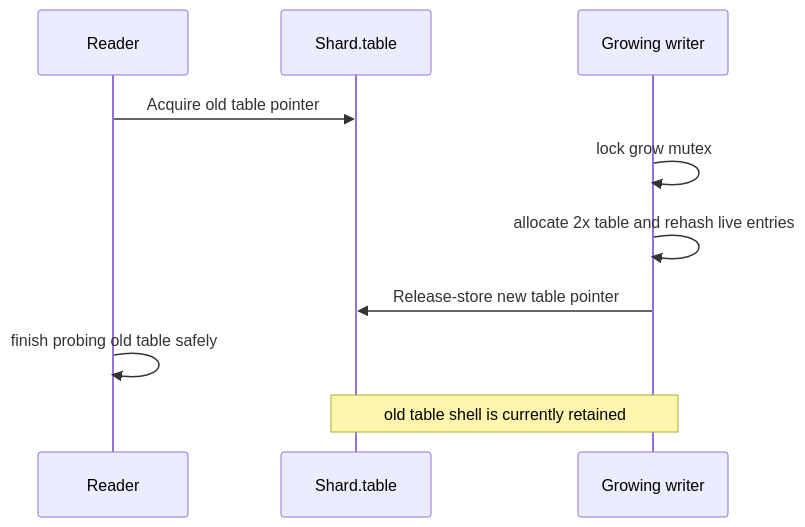
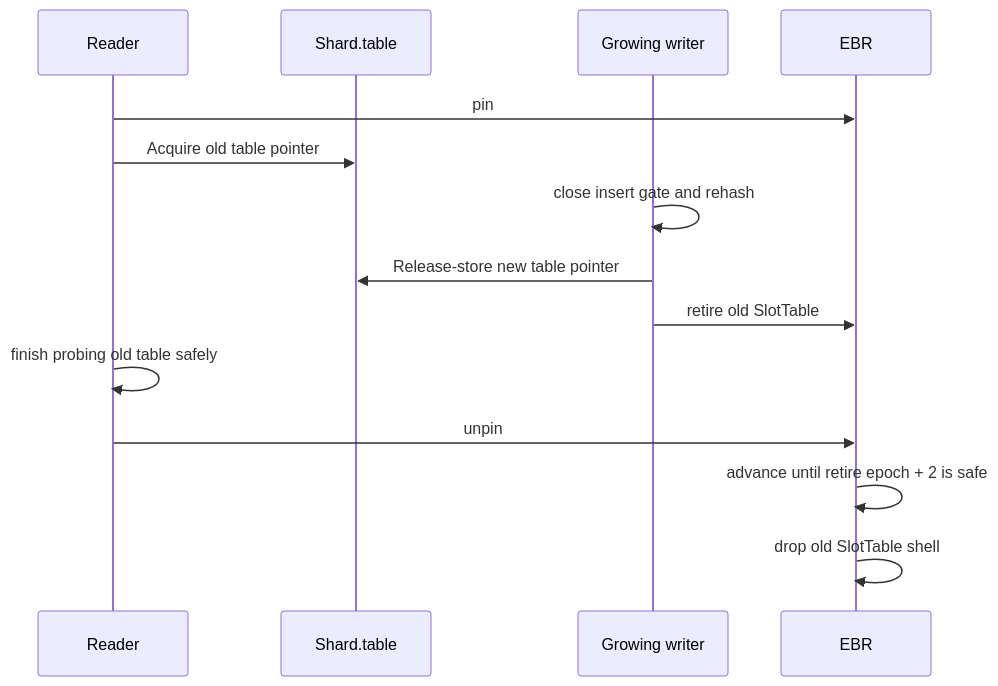
One commit to Rana718/portfolio changed diagram 14 of 14 in src/content/blogs/custom-concurrent-hashmap-rust.mdx. Above: the diagram before and after it, drawn with Mermaid. The commit also changed other lines of this file, not shown here.

````diff
--- a/src/content/blogs/custom-concurrent-hashmap-rust.mdx
+++ b/src/content/blogs/custom-concurrent-hashmap-rust.mdx
@@ -452,12 +504,16 @@
 ```mermaid
 sequenceDiagram
     participant R as Reader
     participant S as Shard.table
     participant W as Growing writer
+    participant E as EBR
+    R->>E: pin
     R->>S: Acquire old table pointer
-    W->>W: lock grow mutex
-    W->>W: allocate 2x table and rehash live entries
+    W->>W: close insert gate and rehash
     W->>S: Release-store new table pointer
+    W->>E: retire old SlotTable
     R->>R: finish probing old table safely
-    Note over S,W: old table shell is currently retained
+    R->>E: unpin
+    E->>E: advance until retire epoch + 2 is safe
+    E->>E: drop old SlotTable shell
 ```
````
